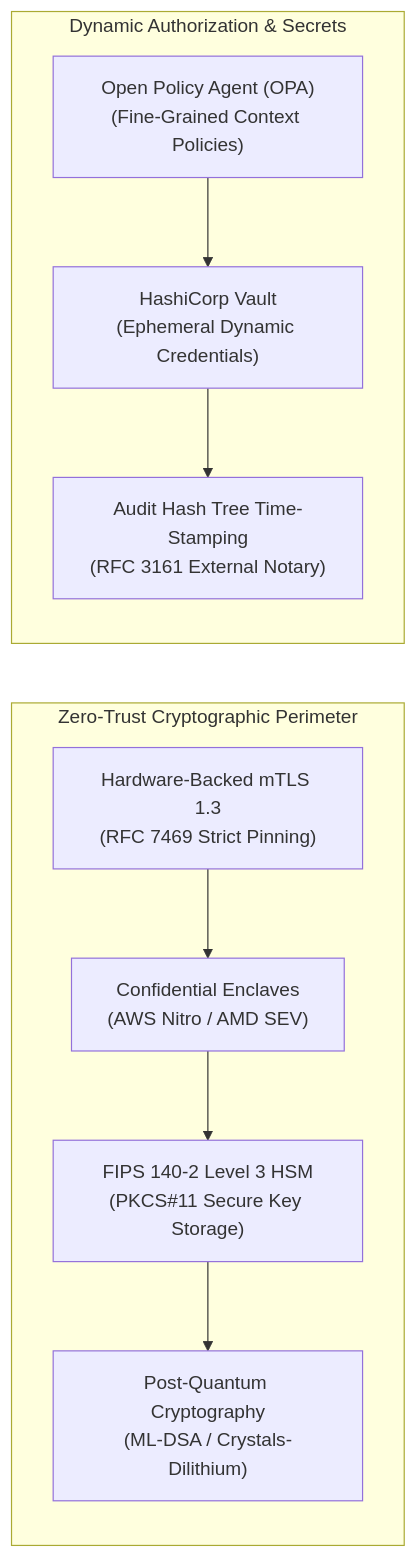
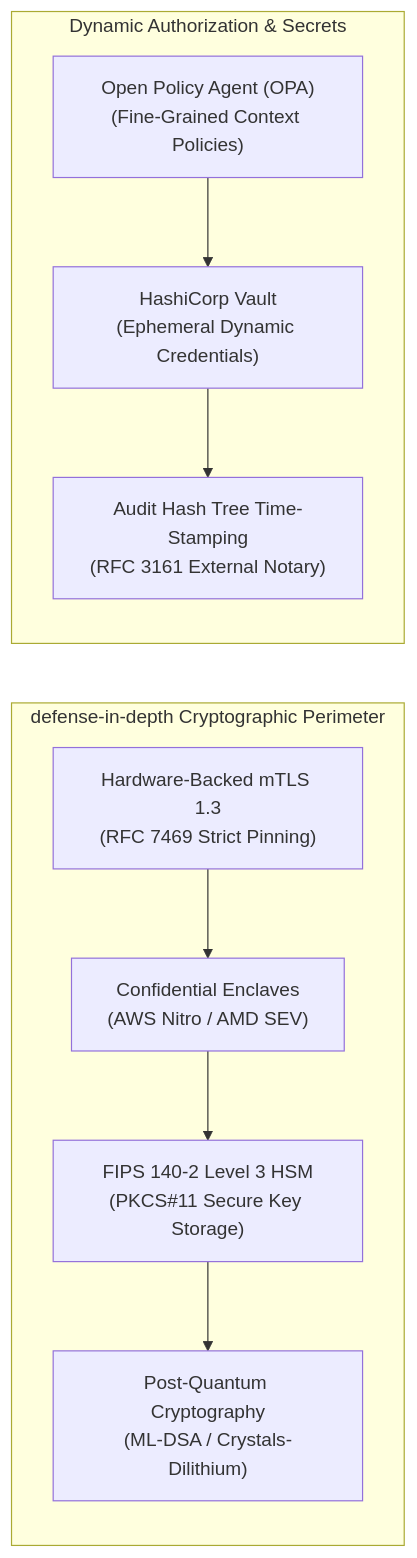
One commit to Sidd2721/AICTE- changed the third of 5 diagrams in docs/IMPACTS_IMPROVEMENTS_SECURITY_FRAUD_PREVENTION.md. Above: the diagram before and after it, drawn with Mermaid. The commit also changed other lines of this file and 24 other files, not shown here.

````diff
--- a/docs/IMPACTS_IMPROVEMENTS_SECURITY_FRAUD_PREVENTION.md
+++ b/docs/IMPACTS_IMPROVEMENTS_SECURITY_FRAUD_PREVENTION.md
@@ -190,23 +190,23 @@
 ```mermaid
 flowchart LR
-    subgraph ZeroTrust ["Zero-Trust Cryptographic Perimeter"]
+    subgraph ZeroTrust ["defense-in-depth Cryptographic Perimeter"]
         direction TB
         mTLS["Hardware-Backed mTLS 1.3<br/>(RFC 7469 Strict Pinning)"]
         HSM["FIPS 140-2 Level 3 HSM<br/>(PKCS#11 Secure Key Storage)"]
         Enclave["Confidential Enclaves<br/>(AWS Nitro / AMD SEV)"]
         PQC["Post-Quantum Cryptography<br/>(ML-DSA / Crystals-Dilithium)"]
     end
 
     subgraph AccessControl ["Dynamic Authorization & Secrets"]
         direction TB
         ABAC["Open Policy Agent (OPA)<br/>(Fine-Grained Context Policies)"]
         Vault["HashiCorp Vault<br/>(Ephemeral Dynamic Credentials)"]
         AuditChain["Audit Hash Tree Time-Stamping<br/>(RFC 3161 External Notary)"]
     end
 
     mTLS --> Enclave
     Enclave --> HSM
     HSM --> PQC
     ABAC --> Vault
     Vault --> AuditChain
 ```
````
